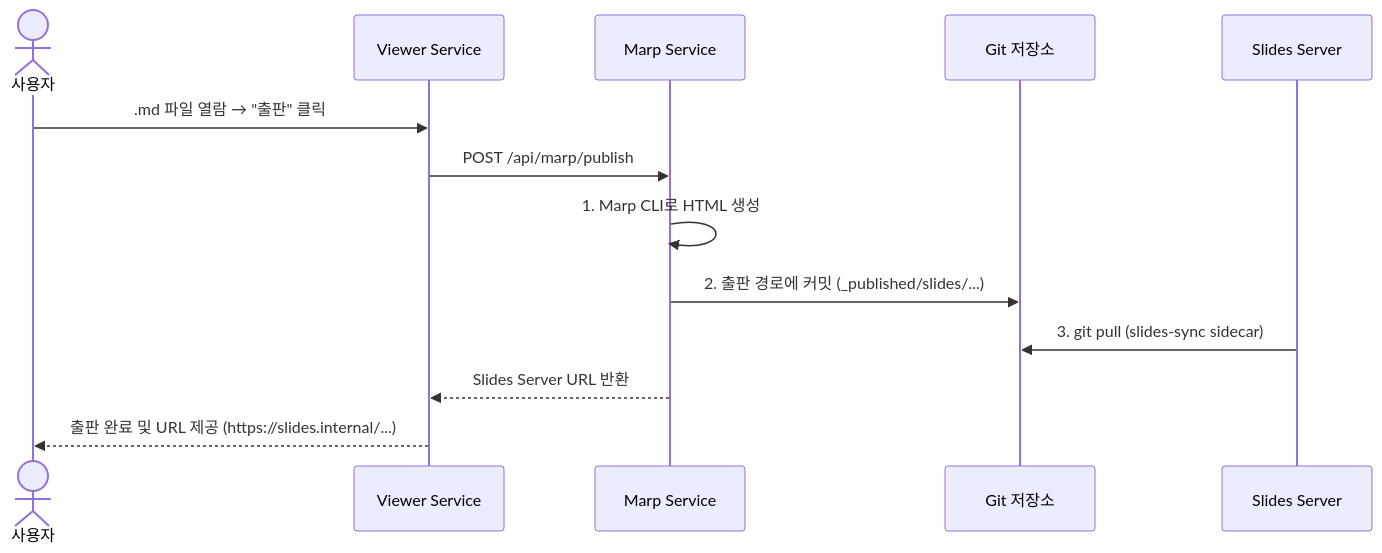
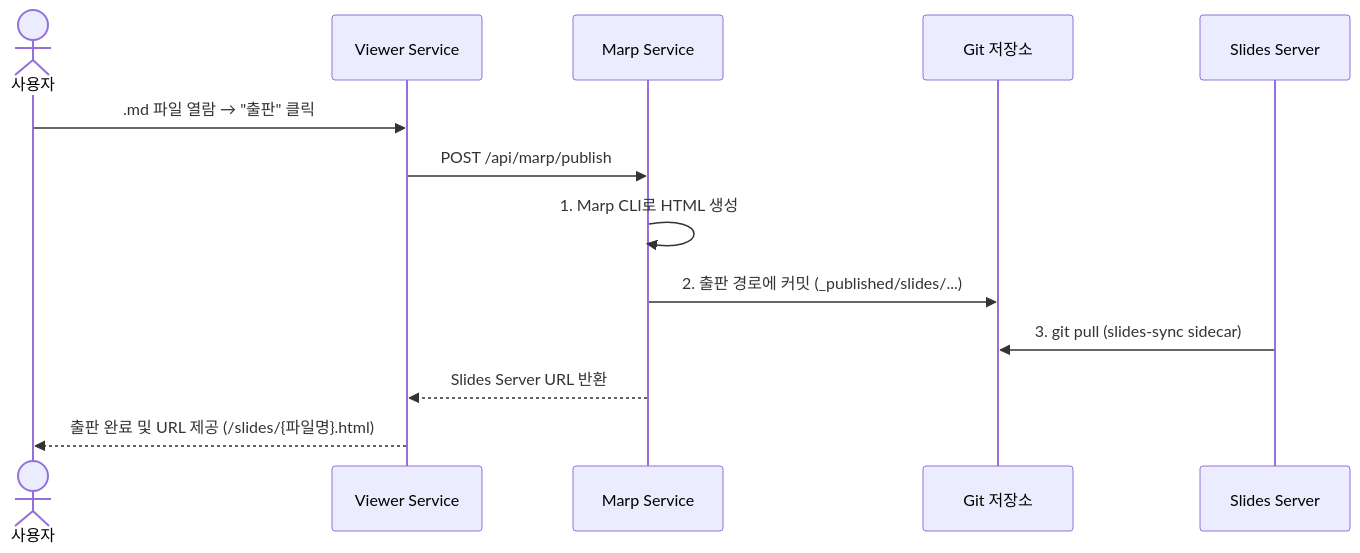
Before and after one commit to sch0718/synctx: the second of 2 diagrams in README.md, drawn with Mermaid. The commit also changed other lines of this file and 33 other files, not shown here.

````diff
--- a/README.md
+++ b/README.md
@@ -244,16 +245,16 @@
 ```mermaid
 sequenceDiagram
     actor User as 사용자
     participant Viewer as Viewer Service
     participant Marp as Marp Service
     participant Git as Git 저장소
     participant Slides as Slides Server
 
     User->>Viewer: .md 파일 열람 → "출판" 클릭
     Viewer->>Marp: POST /api/marp/publish
     Marp->>Marp: 1. Marp CLI로 HTML 생성
     Marp->>Git: 2. 출판 경로에 커밋 (_published/slides/...)
     Slides->>Git: 3. git pull (slides-sync sidecar)
     Marp-->>Viewer: Slides Server URL 반환
-    Viewer-->>User: 출판 완료 및 URL 제공 (https://slides.internal/...)
+    Viewer-->>User: 출판 완료 및 URL 제공 (/slides/{파일명}.html)
 ```
````
